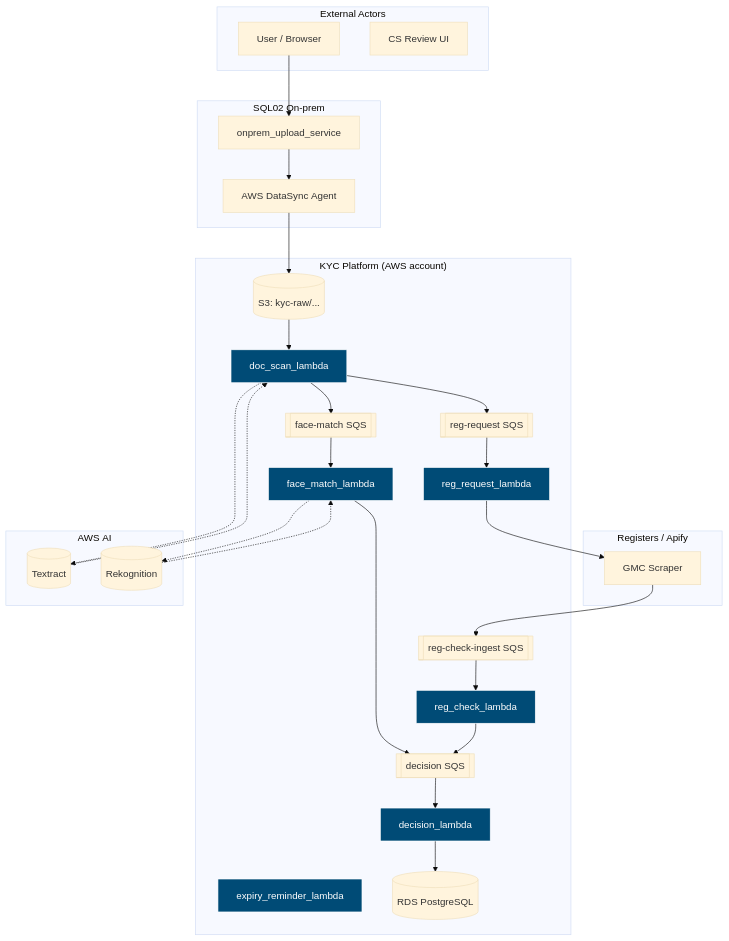
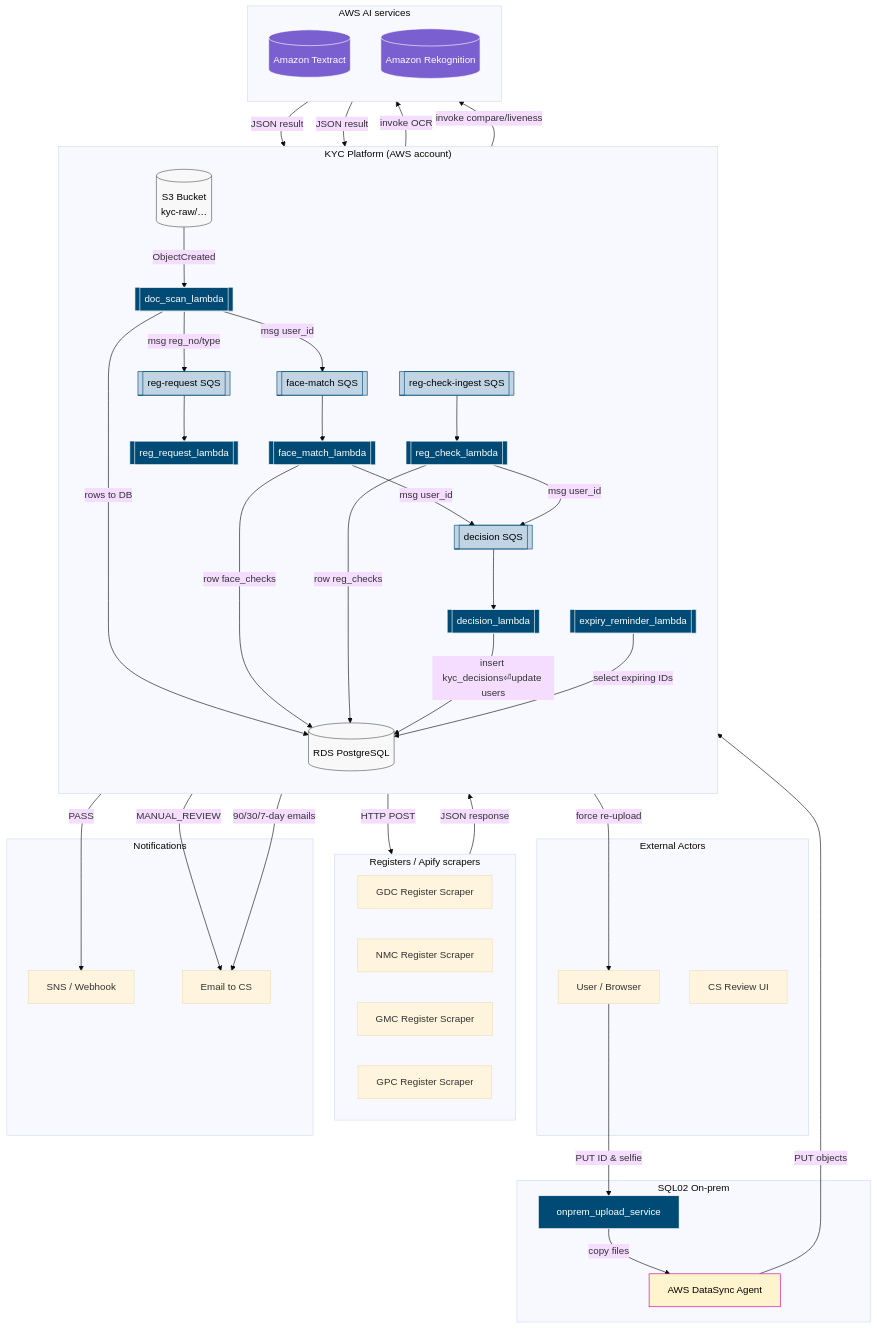
One commit to otam-mato/KYC_app changed the first of 3 diagrams in README.md. Above: the diagram before and after it, drawn with Mermaid (base theme).

````diff
--- a/README.md
+++ b/README.md
@@ -26,50 +26,107 @@
 ```mermaid
-%%  KYC platform – component diagram (simplified)
+%%  KYC platform – component diagram 
 graph TD
-  subgraph "External Actors"
-    User["User / Browser"]
-    CSUI["CS Review UI"]
-  end
 
-  subgraph "KYC Platform (AWS account)"
-    S3[(S3: kyc-raw/...)]
-    FaceQ[[face-match SQS]]
-    RegReqQ[[reg-request SQS]]
-    RegRespQ[[reg-check-ingest SQS]]
-    DecQ[[decision SQS]]
+    %% ─────────  EXTERNAL ACTORS  ─────────
+    subgraph "External Actors"
+        User["User / Browser"]
+        CSUI["CS Review UI"]
+    end
 
-    DocScan[doc_scan_lambda]
-    ReqMaker[reg_request_lambda]
-    FaceMatch[face_match_lambda]
-    RegCheck[reg_check_lambda]
-    Decision[decision_lambda]
-    Expiry[expiry_reminder_lambda]
+    %% ─────────  AWS KYC PLATFORM  ───────
+    subgraph "KYC Platform (AWS account)"
+        direction TB
 
-    DB[(RDS PostgreSQL)]
-  end
+        S3[(S3 Bucket<br/>kyc-raw/…)]:::store
 
-  subgraph "SQL02 On‑prem"
-    OnPrem[onprem_upload_service]
-    DataSync[AWS DataSync Agent]
-  end
+        FaceQ[[face-match SQS]]:::queue
+        RegReqQ[[reg-request SQS]]:::queue
+        RegRespQ[[reg-check-ingest SQS]]:::queue
+        DecQ[[decision SQS]]:::queue
 
-  subgraph "Registers / Apify"
-    ApifyGMC["GMC Scraper"]
-  end
+        DocScan[[doc_scan_lambda]]:::lambda
+        ReqMaker[[reg_request_lambda]]:::lambda
+        FaceMatch[[face_match_lambda]]:::lambda
+        RegCheck[[reg_check_lambda]]:::lambda
+        Decision[[decision_lambda]]:::lambda
+        Expiry[[expiry_reminder_lambda]]:::lambda
 
-  subgraph "AWS AI"
-    Textract[(Textract)]
-    Rekog[(Rekognition)]
-  end
+        DB[(RDS PostgreSQL)]:::store
+    end
 
-  User --> OnPrem --> DataSync --> S3
-  S3 --> DocScan
-  DocScan -.-> Textract -.-> DocScan
-  DocScan --> FaceQ & RegReqQ
-  FaceQ --> FaceMatch -.-> Rekog -.-> FaceMatch --> DecQ
-  RegReqQ --> ReqMaker --> ApifyGMC --> RegRespQ --> RegCheck --> DecQ
-  DecQ --> Decision --> DB
+    %% ─────────  SQL02 ON-PREM / EDGE  ─────────
+    subgraph "SQL02 On-prem"
+        OnPremSvc["onprem_upload_service"]:::lambda
+        DataSyncAgent["AWS DataSync Agent"]:::source
+    end
 
-  classDef lambda fill:#004b76,stroke:#fff,color:#fff;
-  class DocScan,ReqMaker,FaceMatch,RegCheck,Decision,Expiry lambda;
+    %% ─────────  REGISTERS / APIFY  ───────
+    subgraph APIFY_BOX["Registers / Apify scrapers"]
+        direction LR
+        ApifyGDC["GDC Register Scraper"]
+        ApifyNMC["NMC Register Scraper"]
+        ApifyGMC["GMC Register Scraper"]
+        ApifyGPC["GPC Register Scraper"]
+    end
+
+    %% ─────────  AWS AI SERVICES  ─────────
+    subgraph "AWS AI services"
+        direction TB
+        Textract[(Amazon Textract)]:::ai
+        Rekog[(Amazon Rekognition)]:::ai
+    end
+
+    %% ─────────  NOTIFICATION  ───────────
+    subgraph "Notifications"
+        NotifySNS["SNS / Webhook"]
+        NotifyEmail["Email to CS"]
+    end
+
+    %% ─────────  FLOWS ─────────
+    User -->|"PUT ID & selfie"| OnPremSvc
+    OnPremSvc -- "copy files" --> DataSyncAgent
+    DataSyncAgent -->|"PUT objects"| S3
+
+    S3 -- "ObjectCreated" --> DocScan
+    DocScan -- "invoke OCR"       --> Textract
+    Textract -- "JSON result"     --> DocScan
+    DocScan -- "rows to DB"       --> DB
+    DocScan -- "msg user_id"      --> FaceQ
+    DocScan -- "msg reg_no/type"  --> RegReqQ
+
+    FaceQ --> FaceMatch
+    FaceMatch -- "invoke compare/liveness" --> Rekog
+    Rekog -- "JSON result"                 --> FaceMatch
+    FaceMatch -- "row face_checks"         --> DB
+    FaceMatch -- "msg user_id"             --> DecQ
+
+    RegReqQ --> ReqMaker
+    ReqMaker -- "HTTP POST"      --> APIFY_BOX
+    APIFY_BOX -- "JSON response" --> RegRespQ
+
+    RegRespQ --> RegCheck
+    RegCheck -- "row reg_checks" --> DB
+    RegCheck -- "msg user_id"    --> DecQ
+
+    DecQ --> Decision
+    Decision -- "insert kyc_decisions⏎update users" --> DB
+    Decision -- "PASS"          --> NotifySNS
+    Decision -- "MANUAL_REVIEW" --> NotifyEmail
+
+    Expiry -- "select expiring IDs" --> DB
+    Expiry -- "90/30/7-day emails"  --> NotifyEmail
+    Expiry -- "force re-upload"     --> User
+
+    %% ─────────  STYLING  ─────────
+    classDef lambda fill:#004B76,stroke:#fff,color:#fff;
+    classDef queue  fill:#C0D4E4,stroke:#004B76,color:#000;
+    classDef store  fill:#F8F8F8,stroke:#555,color:#000;
+    classDef source fill:#FFF4CE,stroke:#C09,color:#000;
+    classDef ai     fill:#7A5FD0,stroke:#fff,color:#fff;
+
+    class OnPremSvc,DocScan,ReqMaker,FaceMatch,RegCheck,Decision,Expiry lambda;
+    class FaceQ,RegReqQ,RegRespQ,DecQ queue;
+    class S3,DB store;
+    class DataSyncAgent source;
+    class Textract,Rekog ai;
 ```
````
